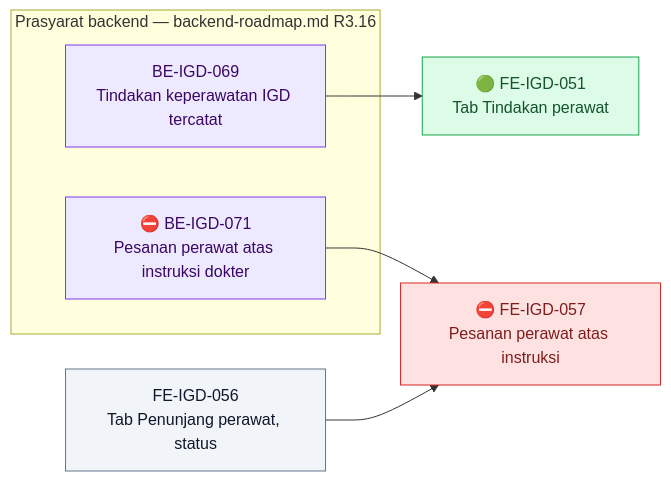
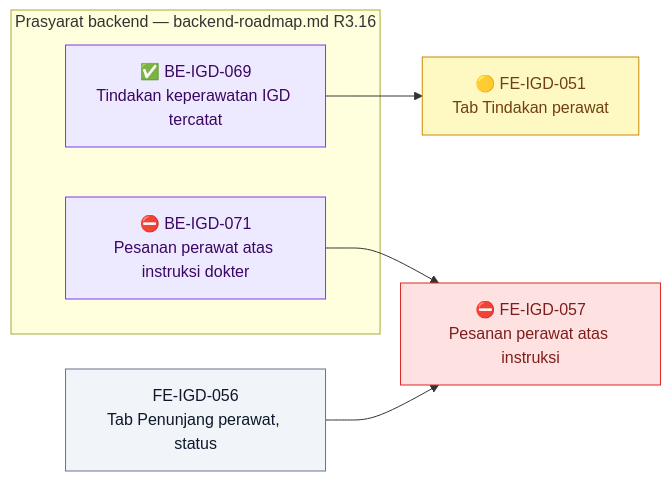
Diagram 18 of 19 in docs/module-blueprints/igd/roadmap/frontend-roadmap.md (DevBenari/NewQuilvianSystemBackend), drawn with Mermaid before and after one commit. The commit also changed other lines of this file and 61 other files, not shown here.

````diff
--- a/docs/module-blueprints/igd/roadmap/frontend-roadmap.md
+++ b/docs/module-blueprints/igd/roadmap/frontend-roadmap.md
@@ -2169,21 +2181,21 @@
 ```mermaid
 flowchart LR
     classDef selesai fill:#DCFCE7,stroke:#16A34A,color:#14532D
     classDef sebagian fill:#FEF9C3,stroke:#CA8A04,color:#713F12
     classDef terblokir fill:#FEE2E2,stroke:#DC2626,color:#7F1D1D
     classDef belum fill:#F1F5F9,stroke:#64748B,color:#0F172A
     classDef luar fill:#EDE9FE,stroke:#7C3AED,color:#3B0764
 
     subgraph backend1404["Prasyarat backend — backend-roadmap.md R3.16"]
-        BEIGD069P["BE-IGD-069<br/>Tindakan keperawatan IGD tercatat"]:::luar
+        BEIGD069P["✅ BE-IGD-069<br/>Tindakan keperawatan IGD tercatat"]:::luar
         BEIGD071P["⛔ BE-IGD-071<br/>Pesanan perawat atas instruksi dokter"]:::luar
     end
 
-    FEIGD051["🟢 FE-IGD-051<br/>Tab Tindakan perawat"]:::selesai
+    FEIGD051["🟡 FE-IGD-051<br/>Tab Tindakan perawat"]:::sebagian
     FEIGD056["FE-IGD-056<br/>Tab Penunjang perawat, status"]:::belum
     FEIGD057["⛔ FE-IGD-057<br/>Pesanan perawat atas instruksi"]:::terblokir
 
     BEIGD069P --> FEIGD051
     FEIGD056 --> FEIGD057
     BEIGD071P --> FEIGD057
 ```
````
